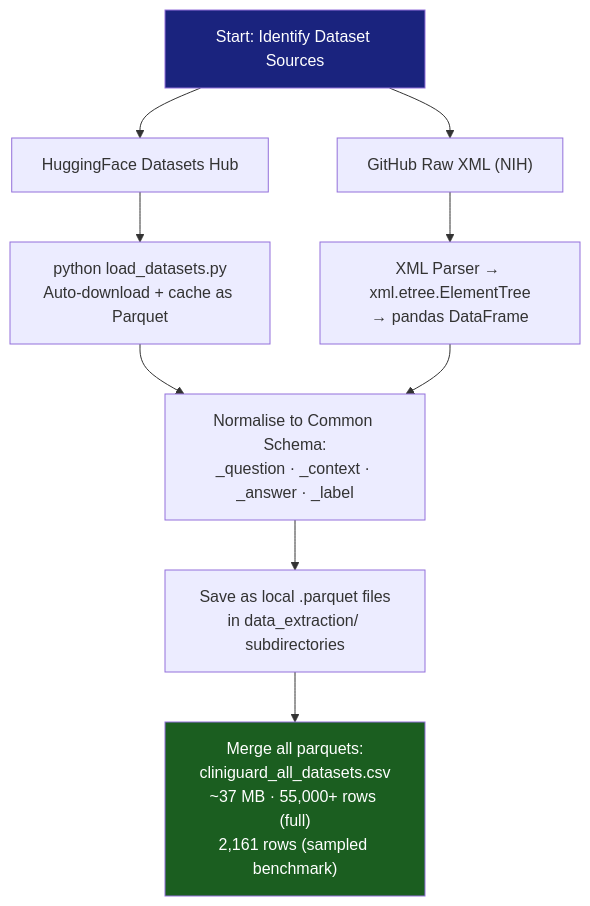
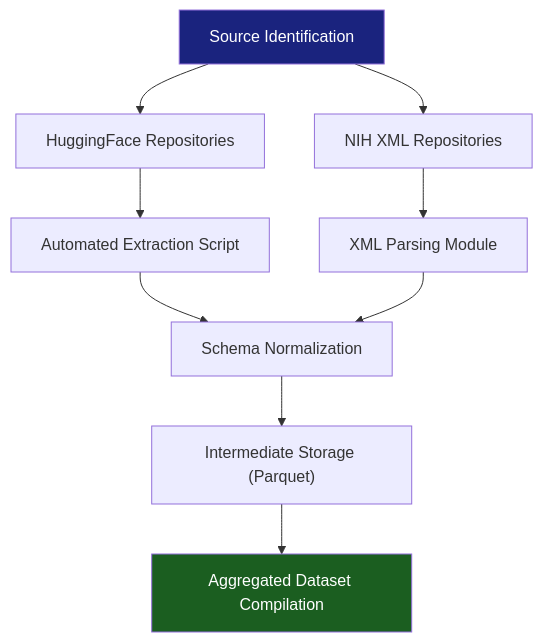
One commit to yogeshravi19/cliniguard changed the seventh of 19 diagrams in CLINIGUARD_Project_Documentation_Report.md. Above: the diagram before and after it, drawn with Mermaid. The commit also changed other lines of this file and 1 other file, not shown here.

````diff
--- a/CLINIGUARD_Project_Documentation_Report.md
+++ b/CLINIGUARD_Project_Documentation_Report.md
@@ -320,14 +308,14 @@
 ```mermaid
 flowchart TD
-    A["Start: Identify Dataset Sources"] --> B["HuggingFace Datasets Hub"]
-    A --> C["GitHub Raw XML (NIH)"]
-    B --> D["python load_datasets.py\nAuto-download + cache as Parquet"]
-    C --> E["XML Parser → xml.etree.ElementTree\n→ pandas DataFrame"]
-    D --> F["Normalise to Common Schema:\n_question · _context · _answer · _label"]
+    A["Source Identification"] --> B["HuggingFace Repositories"]
+    A --> C["NIH XML Repositories"]
+    B --> D["Automated Extraction Script"]
+    C --> E["XML Parsing Module"]
+    D --> F["Schema Normalization"]
     E --> F
-    F --> G["Save as local .parquet files\nin data_extraction/ subdirectories"]
-    G --> H["Merge all parquets:\ncliniguard_all_datasets.csv\n~37 MB · 55,000+ rows (full)\n2,161 rows (sampled benchmark)"]
+    F --> G["Intermediate Storage (Parquet)"]
+    G --> H["Aggregated Dataset Compilation"]
 
     style A fill:#1a237e,color:#fff
     style H fill:#1b5e20,color:#fff
 ```
````
